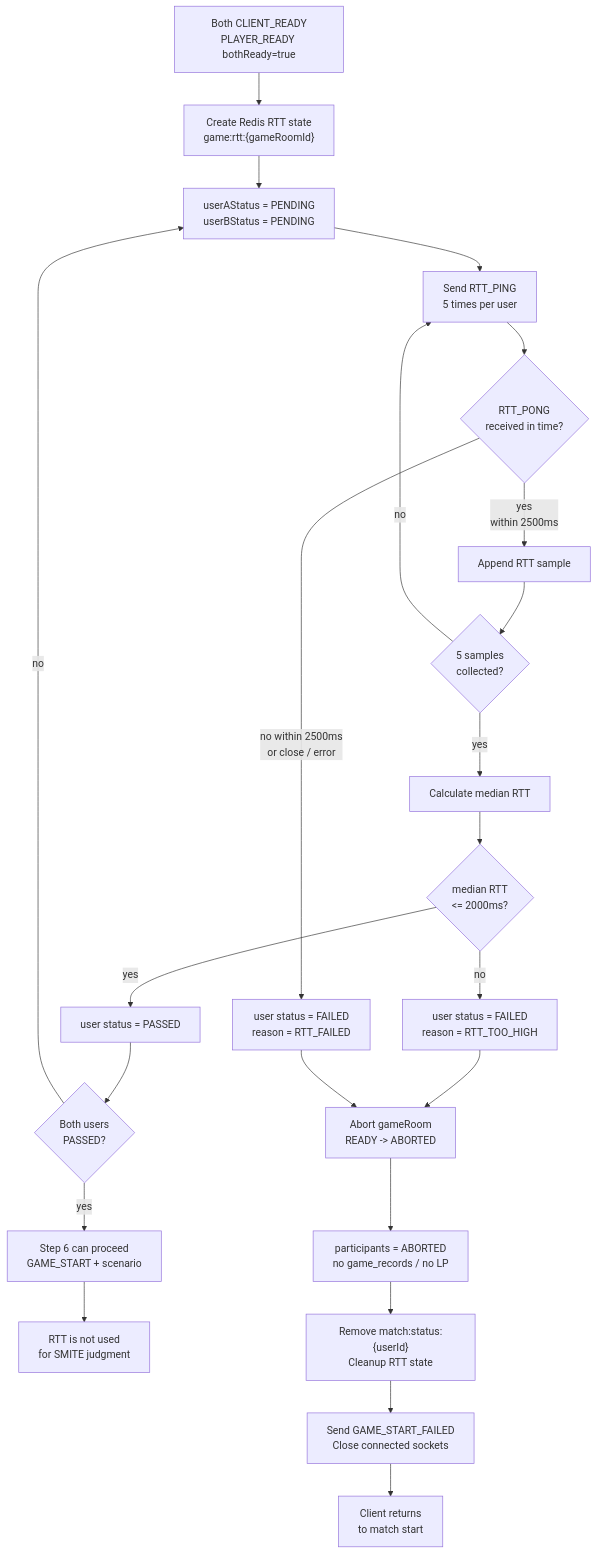
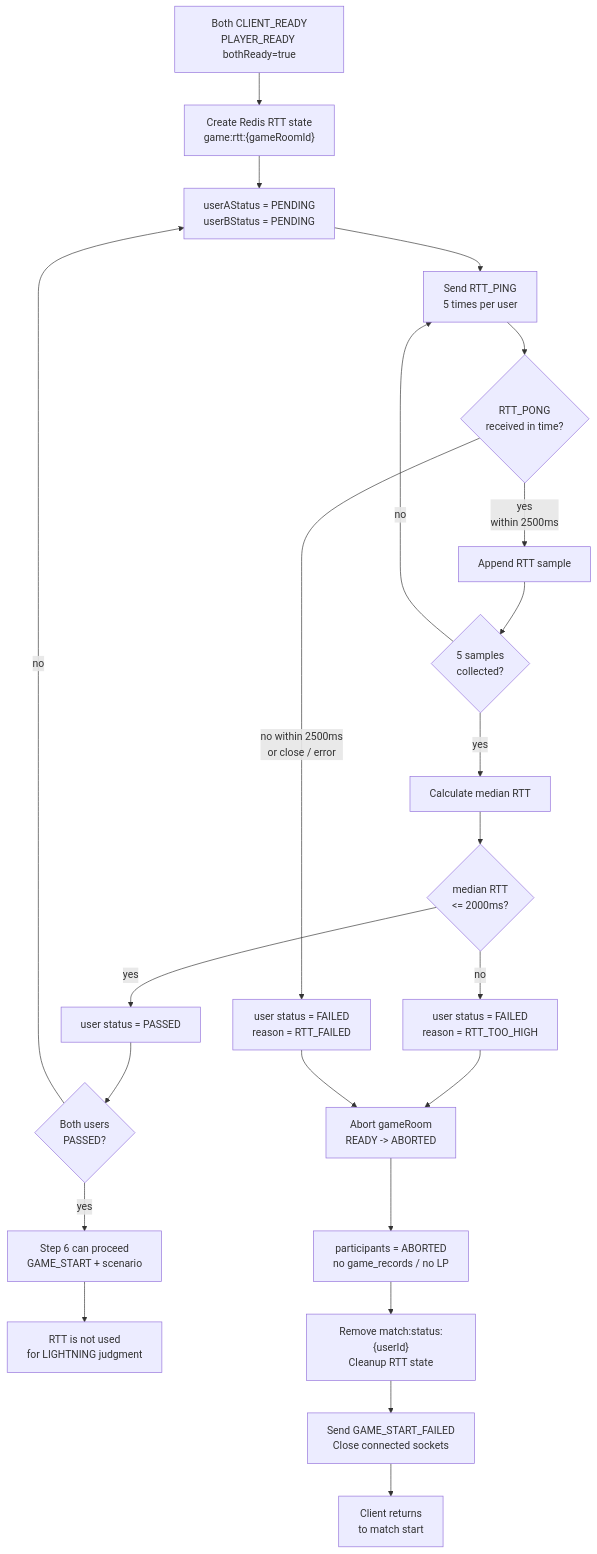
Before and after one commit to moonwhistle/League-of-Star: the first of 7 diagrams in docs/antigravity/backend/issue-44-game-rtt-measurement.md, drawn with Mermaid. The commit also changed other lines of this file and 70 other files, not shown here.

````diff
--- a/docs/antigravity/backend/issue-44-game-rtt-measurement.md
+++ b/docs/antigravity/backend/issue-44-game-rtt-measurement.md
@@ -5,31 +5,31 @@
 ```mermaid
 flowchart TD
     A["Both CLIENT_READY<br/>PLAYER_READY bothReady=true"] --> B["Create Redis RTT state<br/>game:rtt:{gameRoomId}"]
     B --> C["userAStatus = PENDING<br/>userBStatus = PENDING"]
 
     C --> D["Send RTT_PING<br/>5 times per user"]
     D --> E{"RTT_PONG<br/>received in time?"}
 
     E -->|"yes<br/>within 2500ms"| F["Append RTT sample"]
     F --> G{"5 samples<br/>collected?"}
     G -->|"no"| D
     G -->|"yes"| H["Calculate median RTT"]
 
     H --> I{"median RTT<br/><= 2000ms?"}
     I -->|"yes"| J["user status = PASSED"]
     I -->|"no"| K["user status = FAILED<br/>reason = RTT_TOO_HIGH"]
 
     E -->|"no within 2500ms<br/>or close / error"| L["user status = FAILED<br/>reason = RTT_FAILED"]
 
     J --> M{"Both users<br/>PASSED?"}
     M -->|"yes"| N["Step 6 can proceed<br/>GAME_START + scenario"]
-    N --> NA["RTT is not used<br/>for SMITE judgment"]
+    N --> NA["RTT is not used<br/>for LIGHTNING judgment"]
     M -->|"no"| C
 
     K --> O["Abort gameRoom<br/>READY -> ABORTED"]
     L --> O
     O --> P["participants = ABORTED<br/>no game_records / no LP"]
     P --> Q["Remove match:status:{userId}<br/>Cleanup RTT state"]
     Q --> R["Send GAME_START_FAILED<br/>Close connected sockets"]
     R --> S["Client returns<br/>to match start"]
 ```
````
